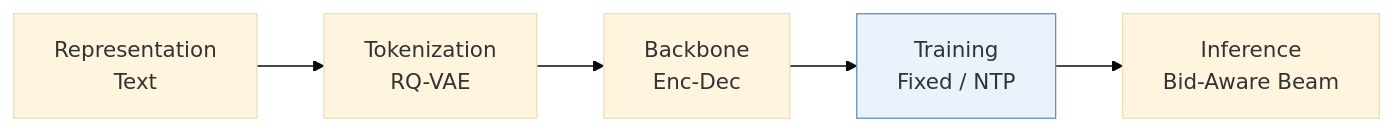
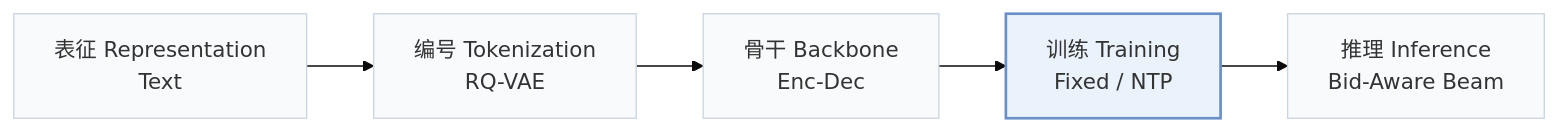
One commit to Galaxy-ghost/Awesome-SID-Generative-Rec changed the first of 2 diagrams in pages/zh/papers/gem-rec.md. Above: the diagram before and after it, drawn with Mermaid (base theme). The commit also changed other lines of this file and 649 other files, not shown here.

Commit message:
writer-05: also tags and modality index (schema, check, build, visuals); summary field removed; calibration data for 12 papers

````diff
--- a/pages/zh/papers/gem-rec.md
+++ b/pages/zh/papers/gem-rec.md
@@ -13,6 +15,8 @@
 ```mermaid
 flowchart LR
-    R["Representation<br/>Text"] --> T["Tokenization<br/>RQ-VAE"] --> B["Backbone<br/>Enc-Dec"] --> TR["Training<br/>Fixed / NTP"] --> I["Inference<br/>Bid-Aware Beam"]
-    classDef main fill:#eaf2fb,stroke:#6b8fc7
+    R["表征 Representation<br/>Text"] --> T["编号 Tokenization<br/>RQ-VAE"] --> B["骨干 Backbone<br/>Enc-Dec"] --> TR["训练 Training<br/>Fixed / NTP"] --> I["推理 Inference<br/>Bid-Aware Beam"]
+    classDef base fill:#f8fafc,stroke:#cbd5e1
+    class R,T,B,TR,I base
+    classDef main fill:#eaf2fb,stroke:#6b8fc7,stroke-width:2px
     class TR main
 ```
````
